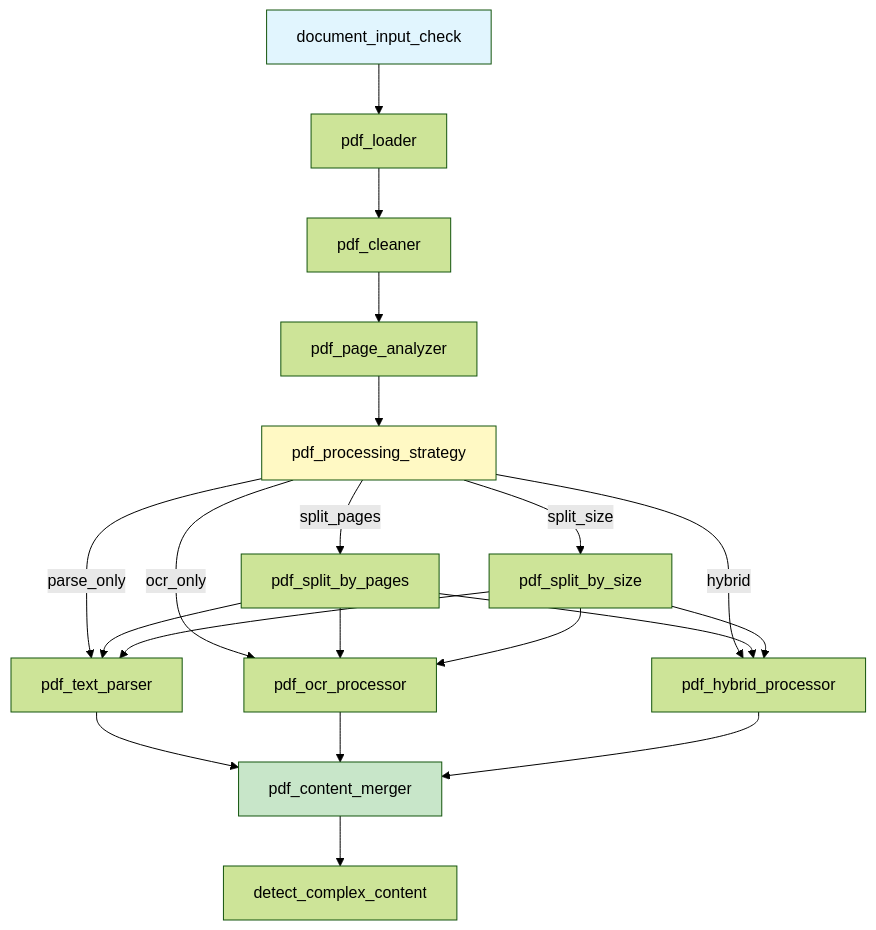
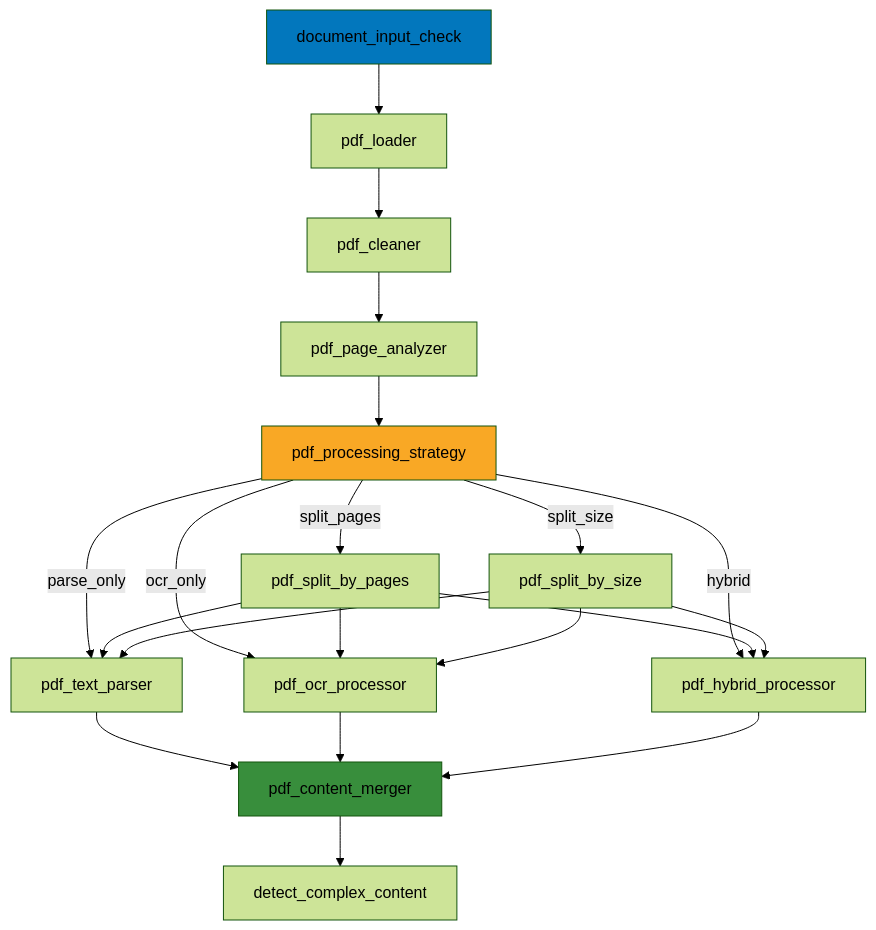
Before and after one commit to mindlet-app/docs: the third of 7 diagrams in src/content/docs/architecture/pipelines-traitement.mdx, drawn with Mermaid (forest theme). The commit also changed other lines of this file and 17 other files, not shown here.

First line of the commit message:
feat: Update Mermaid diagrams and enhance documentation clarity

````diff
--- a/src/content/docs/architecture/pipelines-traitement.mdx
+++ b/src/content/docs/architecture/pipelines-traitement.mdx
@@ -159,30 +159,30 @@
 ```mermaid
 graph TB
     A[document_input_check] --> B[pdf_loader]
     B --> C[pdf_cleaner]
     C --> D[pdf_page_analyzer]
     D --> E[pdf_processing_strategy]
     
     E -->|split_pages| F[pdf_split_by_pages]
     E -->|split_size| G[pdf_split_by_size]
     E -->|parse_only| H[pdf_text_parser]
     E -->|ocr_only| I[pdf_ocr_processor]
     E -->|hybrid| J[pdf_hybrid_processor]
     
     F --> H
     F --> I
     F --> J
     G --> H
     G --> I
     G --> J
     
     H --> K[pdf_content_merger]
     I --> K
     J --> K
     
     K --> L[detect_complex_content]
     
-    style A fill:#e1f5fe
-    style E fill:#fff9c4
-    style K fill:#c8e6c9
+    style A fill:#0277bd
+    style E fill:#f9a825
+    style K fill:#388e3c
 ```
````
